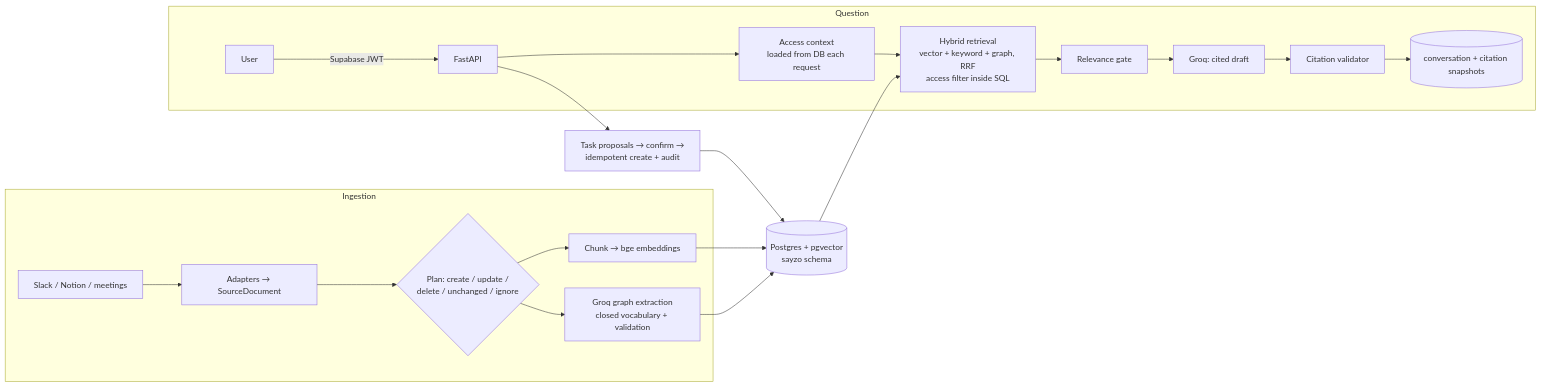
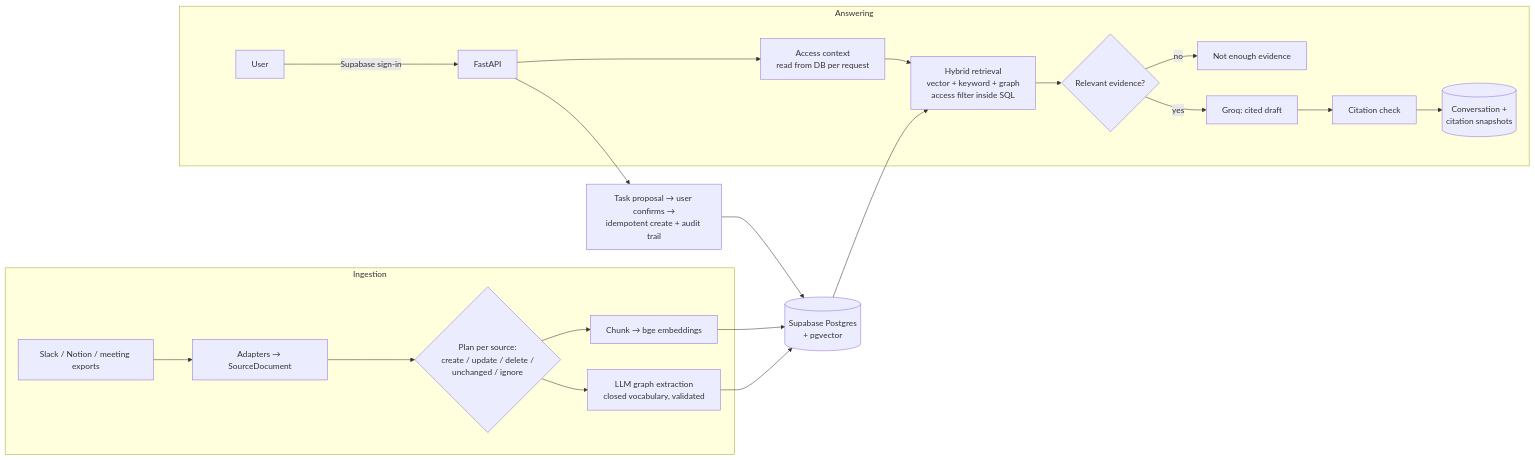
One commit to MonotonousHarsh/SAYZO-Agentic-Bot changed the diagram in README.md. Above: the diagram before and after it, drawn with Mermaid. The commit also changed other lines of this file and 19 other files, not shown here.

````diff
--- a/README.md
+++ b/README.md
@@ -32,23 +110,24 @@
 ```mermaid
 flowchart LR
     subgraph Ingestion
-      A[Slack / Notion / meetings] --> B[Adapters → SourceDocument]
-      B --> C{Plan: create / update /<br/>delete / unchanged / ignore}
+      A[Slack / Notion / meeting exports] --> B[Adapters → SourceDocument]
+      B --> C{Plan per source:<br/>create / update / delete /<br/>unchanged / ignore}
       C --> D[Chunk → bge embeddings]
-      C --> E[Groq graph extraction<br/>closed vocabulary + validation]
+      C --> E[LLM graph extraction<br/>closed vocabulary, validated]
     end
-    D --> P[(Postgres + pgvector<br/>sayzo schema)]
+    D --> P[(Supabase Postgres<br/>+ pgvector)]
     E --> P
-    subgraph Question
-      Q[User] -->|Supabase JWT| API[FastAPI]
-      API --> AC[Access context<br/>loaded from DB each request]
-      AC --> R[Hybrid retrieval<br/>vector + keyword + graph, RRF<br/>access filter inside SQL]
-      R --> G[Relevance gate]
-      G --> L[Groq: cited draft]
-      L --> V[Citation validator]
-      V --> S[(conversation + citation snapshots)]
+    subgraph Answering
+      U[User] -->|Supabase sign-in| API[FastAPI]
+      API --> AC[Access context<br/>read from DB per request]
+      AC --> R[Hybrid retrieval<br/>vector + keyword + graph<br/>access filter inside SQL]
+      R --> G{Relevant evidence?}
+      G -- no --> AB[Not enough evidence]
+      G -- yes --> L[Groq: cited draft]
+      L --> V[Citation check]
+      V --> S[(Conversation +<br/>citation snapshots)]
     end
     P --> R
-    API --> T[Task proposals → confirm →<br/>idempotent create + audit]
+    API --> T[Task proposal → user confirms →<br/>idempotent create + audit trail]
     T --> P
 ```
````
